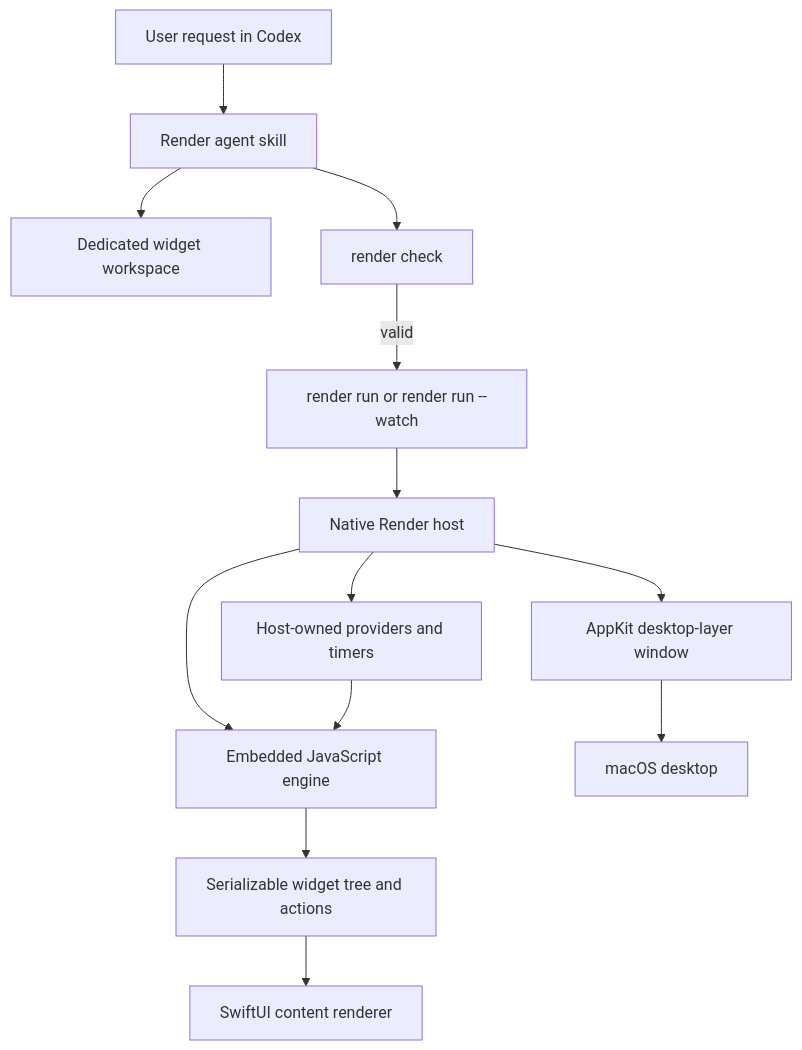
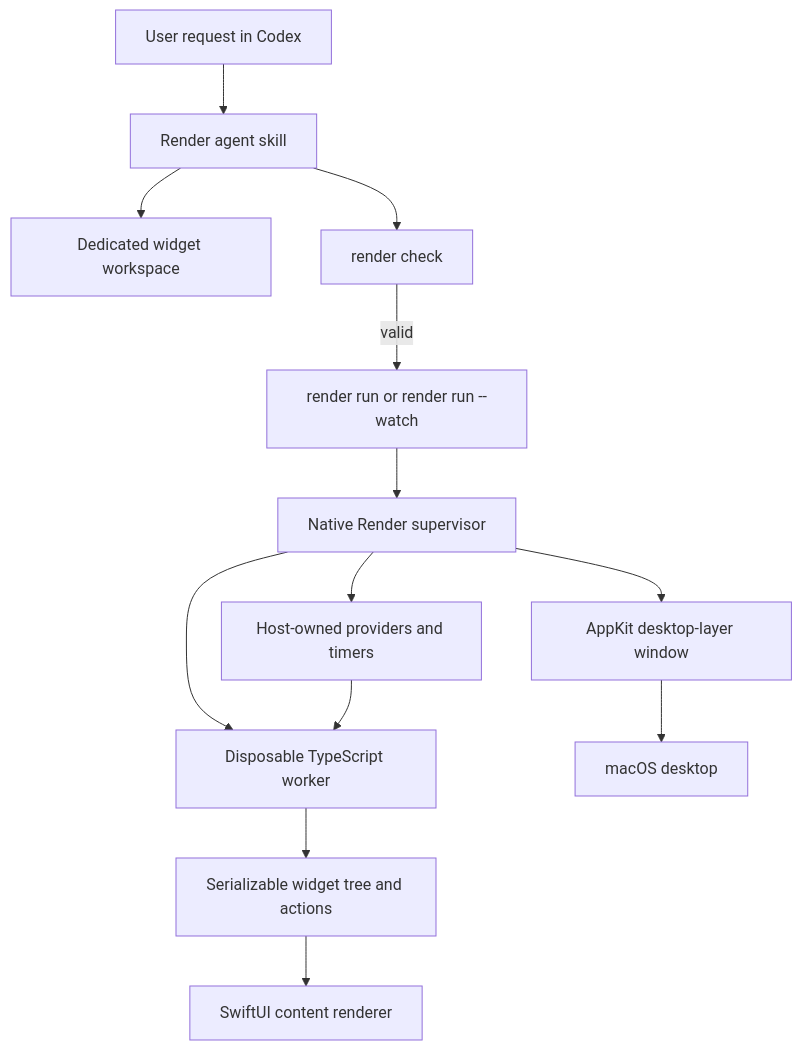
Before and after one commit to SamarthaB10/Render: the diagram in ImplementationDoc.md, drawn with Mermaid. The commit also changed other lines of this file and 17 other files, not shown here.

Commit message:
feat(runtime): isolate widgets behind native supervisor

````diff
--- a/ImplementationDoc.md
+++ b/ImplementationDoc.md
@@ -86,15 +86,15 @@
 ```mermaid
 flowchart TD
     U[User request in Codex] --> A[Render agent skill]
     A --> S[Dedicated widget workspace]
     A --> C[render check]
     C -->|valid| R[render run or render run --watch]
-    R --> H[Native Render host]
-    H --> J[Embedded JavaScript engine]
+    R --> H[Native Render supervisor]
+    H --> J[Disposable TypeScript worker]
     J --> T[Serializable widget tree and actions]
     T --> N[SwiftUI content renderer]
     H --> W[AppKit desktop-layer window]
     W --> D[macOS desktop]
     H --> P[Host-owned providers and timers]
     P --> J
 ```
````
